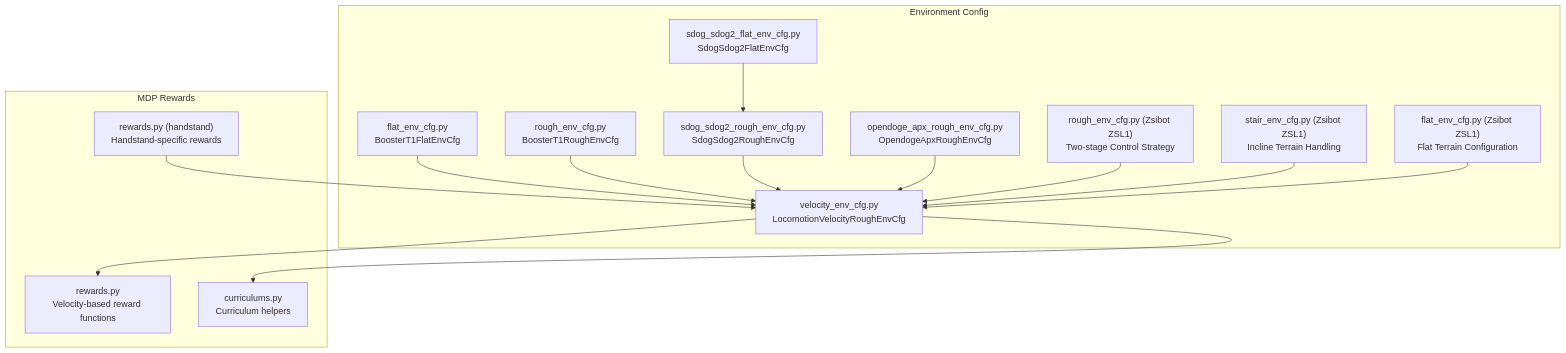
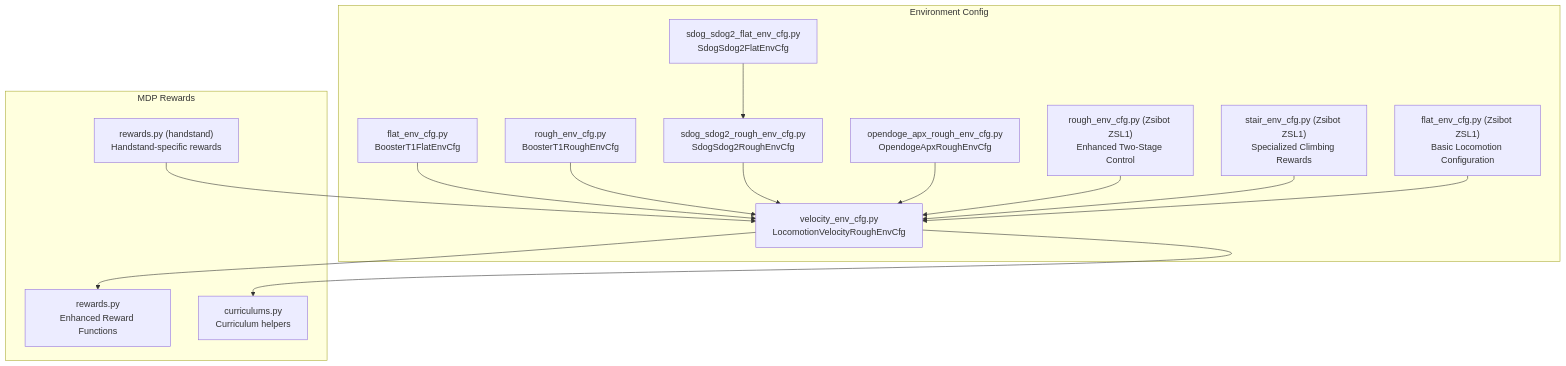
The first of 11 diagrams in .qoder/repowiki/en/content/Task Configuration Framework/Velocity-Based Locomotion Tasks/Reward Functions and Shaping.md (jayjayhust/robot_lab), drawn with Mermaid before and after one commit. The commit also changed other lines of this file and 6 other files, not shown here.

````diff
--- a/.qoder/repowiki/en/content/Task Configuration Framework/Velocity-Based Locomotion Tasks/Reward Functions and Shaping.md
+++ b/.qoder/repowiki/en/content/Task Configuration Framework/Velocity-Based Locomotion Tasks/Reward Functions and Shaping.md
@@ -64,30 +63,30 @@
 ```mermaid
 graph TB
 subgraph "Environment Config"
 VCFG["velocity_env_cfg.py<br/>LocomotionVelocityRoughEnvCfg"]
 FCfg["flat_env_cfg.py<br/>BoosterT1FlatEnvCfg"]
 RCfg["rough_env_cfg.py<br/>BoosterT1RoughEnvCfg"]
 SdogCfg["sdog_sdog2_rough_env_cfg.py<br/>SdogSdog2RoughEnvCfg"]
 SdogFlat["sdog_sdog2_flat_env_cfg.py<br/>SdogSdog2FlatEnvCfg"]
 ApxCfg["opendoge_apx_rough_env_cfg.py<br/>OpendogeApxRoughEnvCfg"]
-ZSL1Rough["rough_env_cfg.py (Zsibot ZSL1)<br/>Two-stage Control Strategy"]
-ZSL1Stair["stair_env_cfg.py (Zsibot ZSL1)<br/>Incline Terrain Handling"]
-ZSL1Flat["flat_env_cfg.py (Zsibot ZSL1)<br/>Flat Terrain Configuration"]
+ZSL1Rough["rough_env_cfg.py (Zsibot ZSL1)<br/>Enhanced Two-Stage Control"]
+ZSL1Stair["stair_env_cfg.py (Zsibot ZSL1)<br/>Specialized Climbing Rewards"]
+ZSL1Flat["flat_env_cfg.py (Zsibot ZSL1)<br/>Basic Locomotion Configuration"]
 end
 subgraph "MDP Rewards"
-RImpl["rewards.py<br/>Velocity-based reward functions"]
+RImpl["rewards.py<br/>Enhanced Reward Functions"]
 Cur["curriculums.py<br/>Curriculum helpers"]
 HS["rewards.py (handstand)<br/>Handstand-specific rewards"]
 end
 VCFG --> RImpl
 VCFG --> Cur
 FCfg --> VCFG
 RCfg --> VCFG
 SdogCfg --> VCFG
 SdogFlat --> SdogCfg
 ApxCfg --> VCFG
 ZSL1Rough --> VCFG
 ZSL1Stair --> VCFG
 ZSL1Flat --> VCFG
 HS --> VCFG
 ```
````
